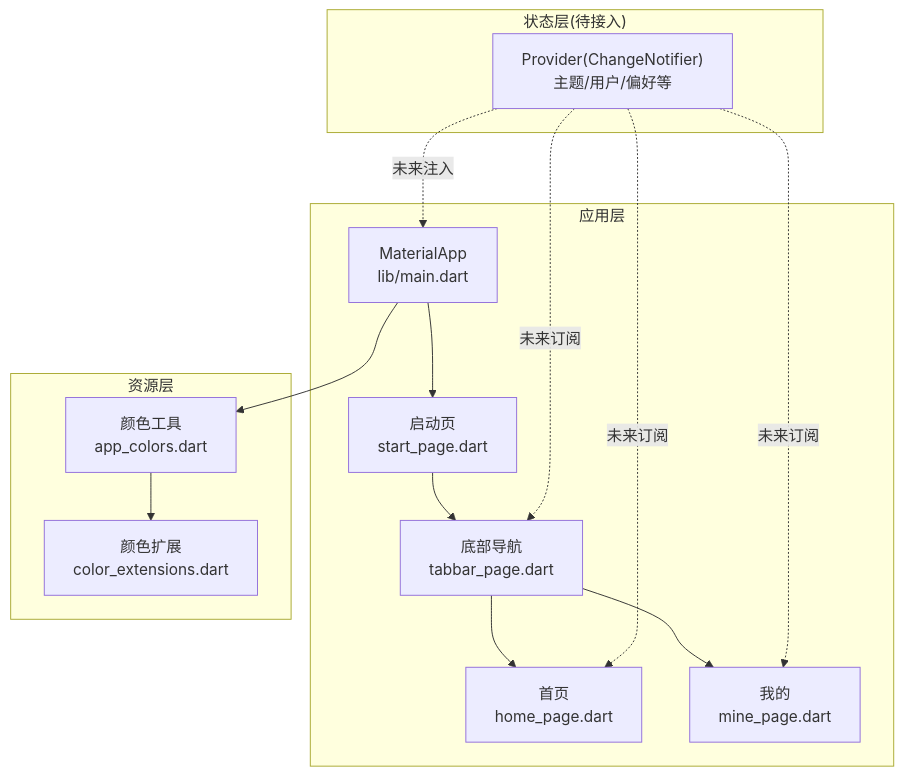
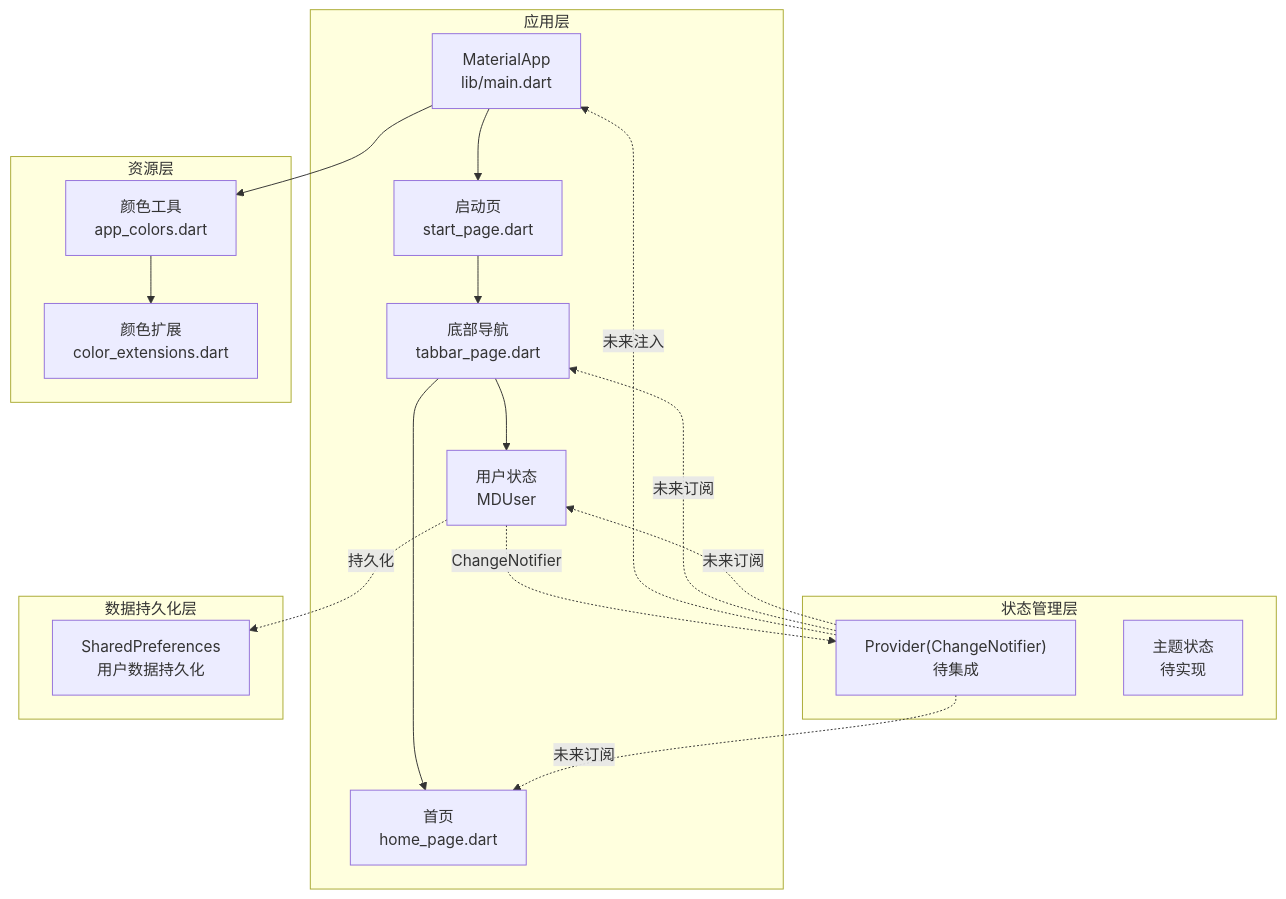
One commit to sfandy126/zslx_flutter changed the second of 4 diagrams in .qoder/repowiki/zh/content/架构设计/状态管理.md. Above: the diagram before and after it, drawn with Mermaid. The commit also changed other lines of this file and 43 other files, not shown here.

````diff
--- a/.qoder/repowiki/zh/content/架构设计/状态管理.md
+++ b/.qoder/repowiki/zh/content/架构设计/状态管理.md
@@ -84,25 +104,32 @@
 ```mermaid
 graph TB
 subgraph "应用层"
 M["MaterialApp<br/>lib/main.dart"]
 S["启动页<br/>start_page.dart"]
 T["底部导航<br/>tabbar_page.dart"]
 H["首页<br/>home_page.dart"]
 U["我的<br/>mine_page.dart"]
 end
-subgraph "状态层(待接入)"
-P["Provider(ChangeNotifier)<br/>主题/用户/偏好等"]
+subgraph "状态管理层"
+P["Provider(ChangeNotifier)<br/>待集成"]
+U["用户状态<br/>MDUser"]
+C["主题状态<br/>待实现"]
+end
+subgraph "数据持久化层"
+SP["SharedPreferences<br/>用户数据持久化"]
 end
 subgraph "资源层"
-C["颜色工具<br/>app_colors.dart"]
-X["颜色扩展<br/>color_extensions.dart"]
+COL["颜色工具<br/>app_colors.dart"]
+EXT["颜色扩展<br/>color_extensions.dart"]
 end
 M --> S --> T --> H
 T --> U
-M --> C
-C --> X
+M --> COL
+COL --> EXT
+U -.->|ChangeNotifier| P
+U -.->|持久化| SP
 P -.->|未来注入| M
 P -.->|未来订阅| T
 P -.->|未来订阅| H
 P -.->|未来订阅| U
 ```
````
